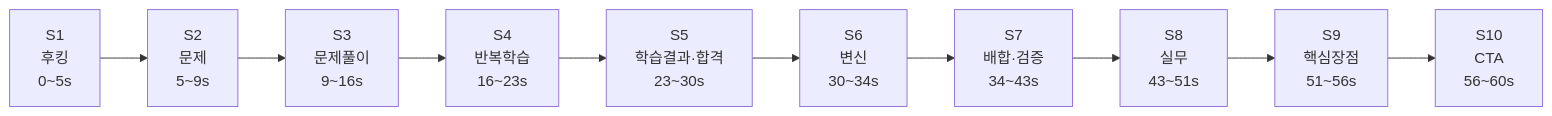
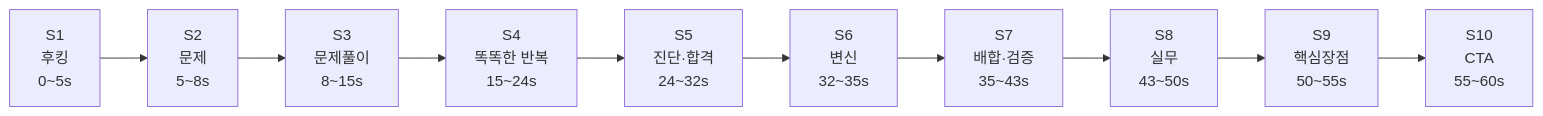
One commit to skygoldlee-cyber/passok changed the third of 4 diagrams in docs/exams/cosmetic/business/유튜브_홍보동영상_제작의뢰서.md. Above: the diagram before and after it, drawn with Mermaid. The commit also changed other lines of this file, not shown here.

````diff
--- a/docs/exams/cosmetic/business/유튜브_홍보동영상_제작의뢰서.md
+++ b/docs/exams/cosmetic/business/유튜브_홍보동영상_제작의뢰서.md
@@ -212,15 +220,15 @@
 ```mermaid
 flowchart LR
     S1["S1<br/>후킹<br/>0~5s"]
-    S2["S2<br/>문제<br/>5~9s"]
-    S3["S3<br/>문제풀이<br/>9~16s"]
-    S4["S4<br/>반복학습<br/>16~23s"]
-    S5["S5<br/>학습결과·합격<br/>23~30s"]
-    S6["S6<br/>변신<br/>30~34s"]
-    S7["S7<br/>배합·검증<br/>34~43s"]
-    S8["S8<br/>실무<br/>43~51s"]
-    S9["S9<br/>핵심장점<br/>51~56s"]
-    S10["S10<br/>CTA<br/>56~60s"]
+    S2["S2<br/>문제<br/>5~8s"]
+    S3["S3<br/>문제풀이<br/>8~15s"]
+    S4["S4<br/>똑똑한 반복<br/>15~24s"]
+    S5["S5<br/>진단·합격<br/>24~32s"]
+    S6["S6<br/>변신<br/>32~35s"]
+    S7["S7<br/>배합·검증<br/>35~43s"]
+    S8["S8<br/>실무<br/>43~50s"]
+    S9["S9<br/>핵심장점<br/>50~55s"]
+    S10["S10<br/>CTA<br/>55~60s"]
 
     S1 --> S2 --> S3 --> S4 --> S5 --> S6 --> S7 --> S8 --> S9 --> S10
 ```
````
